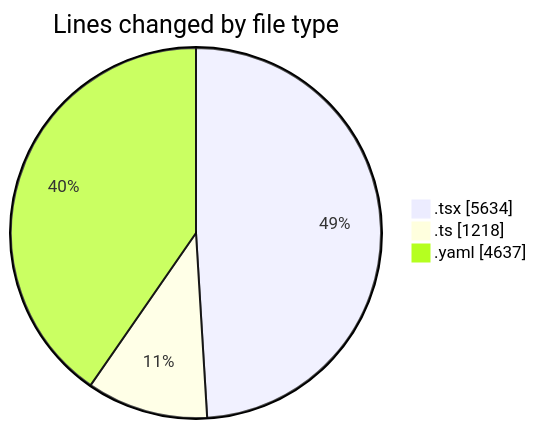
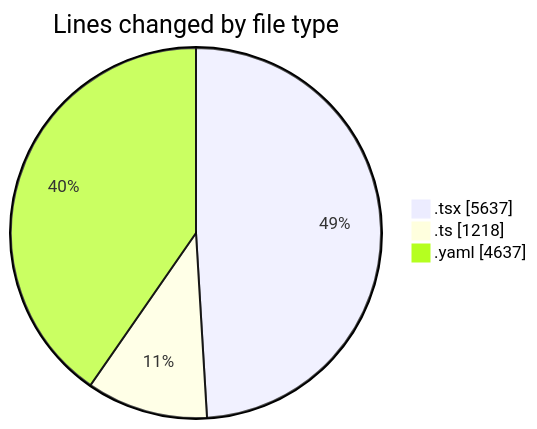
Before and after one commit to julien-gomy/code-tracking: the first of 2 diagrams in 2025-10-13/eventscop-frontend-guide__workspace_/README.md, drawn with Mermaid. The commit also changed other lines of this file and 1 other file, not shown here.

````diff
--- a/2025-10-13/eventscop-frontend-guide__workspace_/README.md
+++ b/2025-10-13/eventscop-frontend-guide__workspace_/README.md
@@ -50,7 +50,7 @@
 ```mermaid
 pie showData
 title Lines changed by file type
-".tsx" : 5634
+".tsx" : 5637
 ".ts" : 1218
 ".yaml" : 4637
 ```
````
